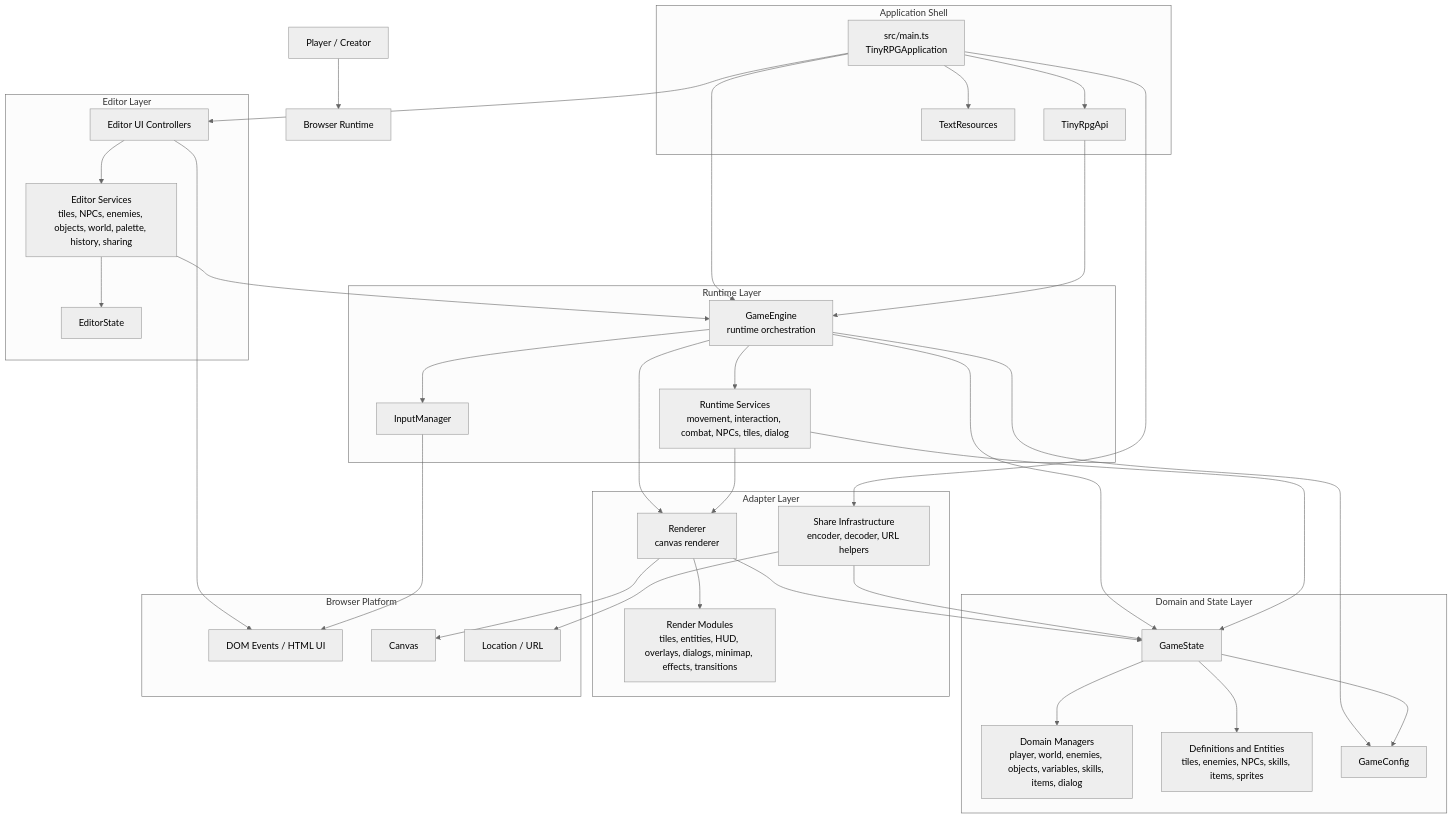
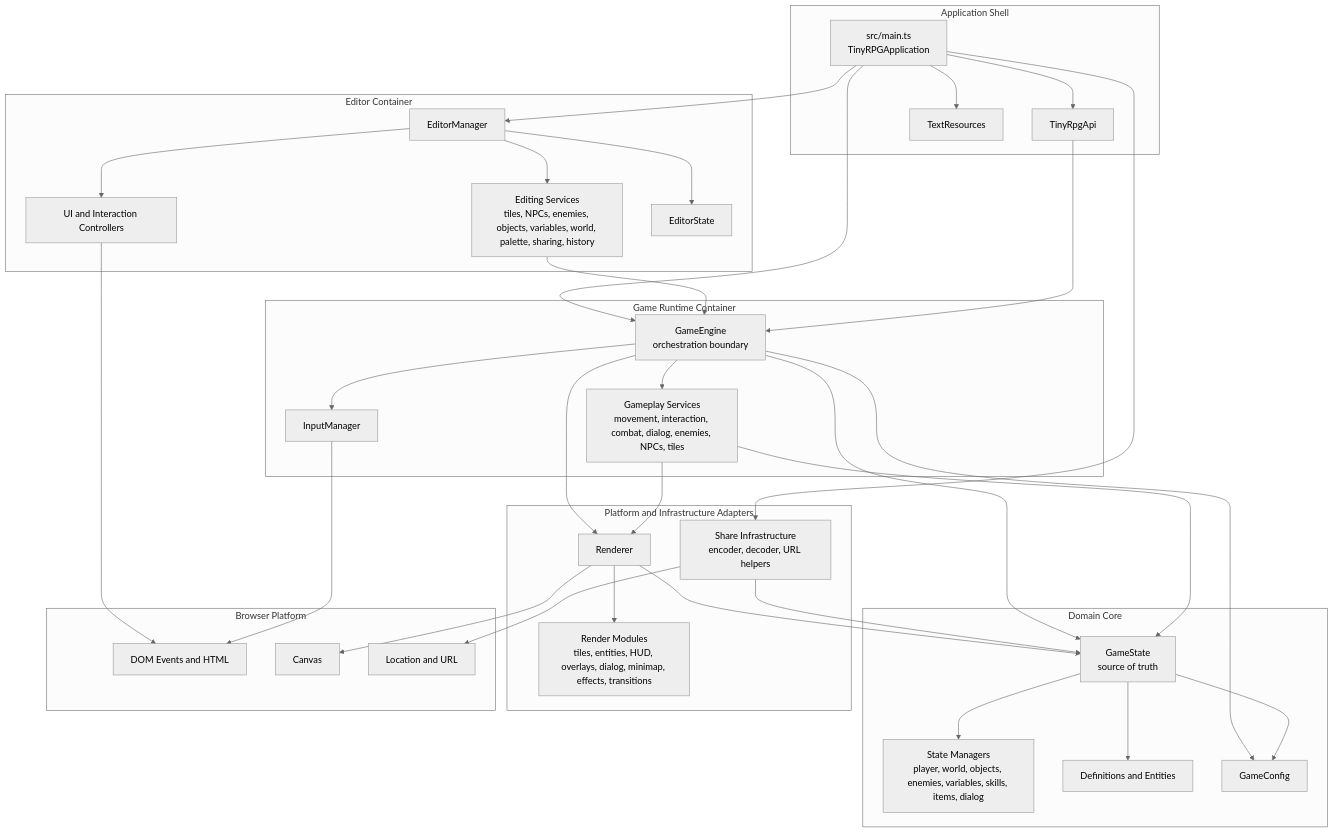
The second of 4 diagrams in engine-architecture.md (andredarcie/tiny-rpg-studio), drawn with Mermaid (neutral theme) before and after one commit. The commit also changed other lines of this file, not shown here.

````diff
--- a/engine-architecture.md
+++ b/engine-architecture.md
@@ -7,78 +51,75 @@
 ```mermaid
 flowchart TB
-    User[Player / Creator]
-    Browser[Browser Runtime]
-
-    User --> Browser
-
-    subgraph AppShell[Application Shell]
+    subgraph Shell[Application Shell]
         Bootstrap[src/main.ts<br/>TinyRPGApplication]
-        PublicApi[TinyRpgApi]
+        Api[TinyRpgApi]
         Localization[TextResources]
     end
 
-    subgraph EditorLayer[Editor Layer]
-        EditorUI[Editor UI Controllers]
-        EditorServices[Editor Services<br/>tiles, NPCs, enemies, objects, world, palette, history, sharing]
+    subgraph Editor[Editor Container]
+        EditorManager[EditorManager]
+        EditorControllers[UI and Interaction Controllers]
+        EditorServices[Editing Services<br/>tiles, NPCs, enemies, objects, variables, world, palette, sharing, history]
         EditorState[EditorState]
     end
 
-    subgraph RuntimeLayer[Runtime Layer]
-        Engine[GameEngine<br/>runtime orchestration]
-        RuntimeServices[Runtime Services<br/>movement, interaction, combat, NPCs, tiles, dialog]
+    subgraph Runtime[Game Runtime Container]
+        Engine[GameEngine<br/>orchestration boundary]
+        RuntimeServices[Gameplay Services<br/>movement, interaction, combat, dialog, enemies, NPCs, tiles]
         Input[InputManager]
     end
 
-    subgraph DomainLayer[Domain and State Layer]
-        GameState[GameState]
-        DomainManagers[Domain Managers<br/>player, world, enemies, objects, variables, skills, items, dialog]
-        Definitions[Definitions and Entities<br/>tiles, enemies, NPCs, skills, items, sprites]
+    subgraph Domain[Domain Core]
+        State[GameState<br/>source of truth]
+        StateManagers[State Managers<br/>player, world, objects, enemies, variables, skills, items, dialog]
+        Definitions[Definitions and Entities]
         Config[GameConfig]
     end
 
-    subgraph AdapterLayer[Adapter Layer]
-        Renderer[Renderer<br/>canvas renderer]
-        RenderModules[Render Modules<br/>tiles, entities, HUD, overlays, dialogs, minimap, effects, transitions]
-        ShareInfra[Share Infrastructure<br/>encoder, decoder, URL helpers]
+    subgraph Adapters[Platform and Infrastructure Adapters]
+        Renderer[Renderer]
+        RenderModules[Render Modules<br/>tiles, entities, HUD, overlays, dialog, minimap, effects, transitions]
+        Share[Share Infrastructure<br/>encoder, decoder, URL helpers]
     end
 
-    subgraph Platform[Browser Platform]
-        DOM[DOM Events / HTML UI]
+    subgraph BrowserPlatform[Browser Platform]
+        DOM[DOM Events and HTML]
         Canvas[Canvas]
-        URL[Location / URL]
+        Location[Location and URL]
     end
 
     Bootstrap --> Engine
-    Bootstrap --> EditorUI
-    Bootstrap --> PublicApi
-    Bootstrap --> ShareInfra
+    Bootstrap --> EditorManager
+    Bootstrap --> Api
     Bootstrap --> Localization
+    Bootstrap --> Share
 
-    EditorUI --> EditorServices
-    EditorServices --> EditorState
+    EditorManager --> EditorControllers
+    EditorManager --> EditorServices
+    EditorManager --> EditorState
     EditorServices --> Engine
-    EditorUI --> DOM
+    EditorControllers --> DOM
 
-    PublicApi --> Engine
+    Api --> Engine
 
     Input --> DOM
     Engine --> Input
     Engine --> RuntimeServices
-    Engine --> GameState
+    Engine --> State
     Engine --> Renderer
     Engine --> Config
 
-    RuntimeServices --> GameState
+    RuntimeServices --> State
     RuntimeServices --> Renderer
 
-    GameState --> DomainManagers
-    GameState --> Definitions
-    GameState --> Config
+    State --> StateManagers
+    State --> Definitions
+    State --> Config
 
     Renderer --> RenderModules
     Renderer --> Canvas
-    Renderer --> GameState
+    Renderer --> State
 
-    ShareInfra --> URL
-    ShareInfra --> GameState
+    Share --> State
+    Share --> Location
 ```
````
